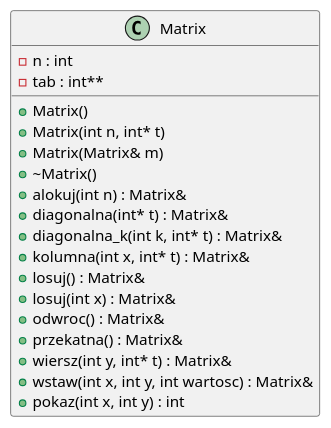
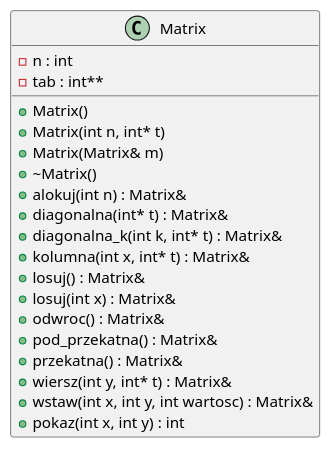
The diagram in inline_umlgraph_pnghtml.pu (kluchoo/Matrix), drawn with PlantUML before and after one commit. The commit also changed 11 other files, not shown here.

```diff
--- a/inline_umlgraph_pnghtml.pu
+++ b/inline_umlgraph_pnghtml.pu
@@ -1,22 +1,23 @@
 @startuml inline_umlgraph_1.png
 class Matrix {
 -n : int
 -tab : int**
 +Matrix()
 +Matrix(int n, int* t)
 +Matrix(Matrix& m)
 +~Matrix()
 +alokuj(int n) : Matrix&
 +diagonalna(int* t) : Matrix&
 +diagonalna_k(int k, int* t) : Matrix&
 +kolumna(int x, int* t) : Matrix&
 +losuj() : Matrix&
 +losuj(int x) : Matrix&
 +odwroc() : Matrix&
++pod_przekatna() : Matrix&
 +przekatna() : Matrix&
 +wiersz(int y, int* t) : Matrix&
 +wstaw(int x, int y, int wartosc) : Matrix&
 +pokaz(int x, int y) : int
 
 }
 @enduml
```
